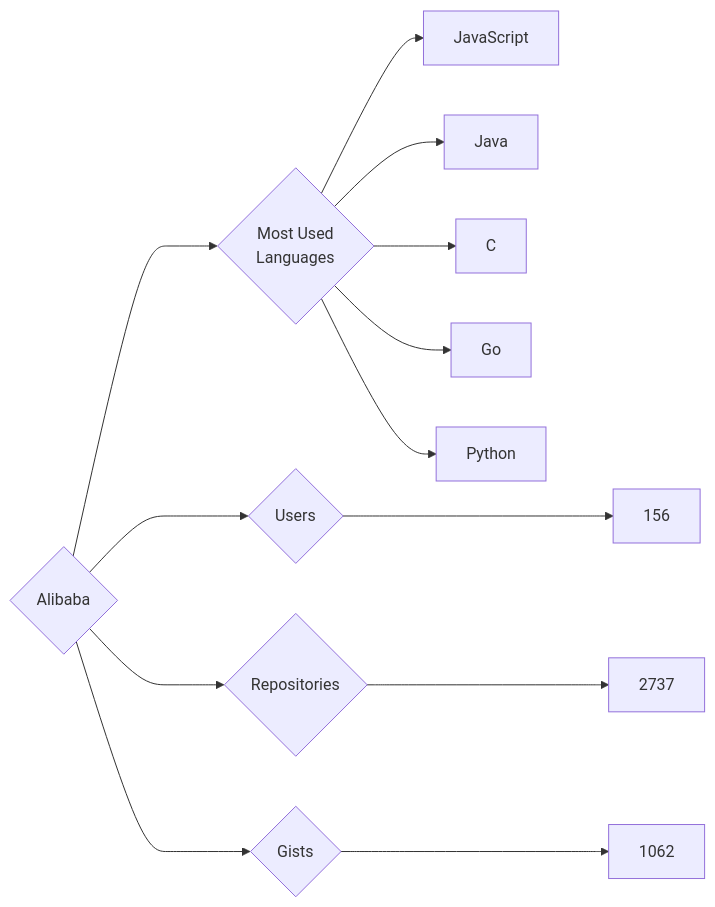
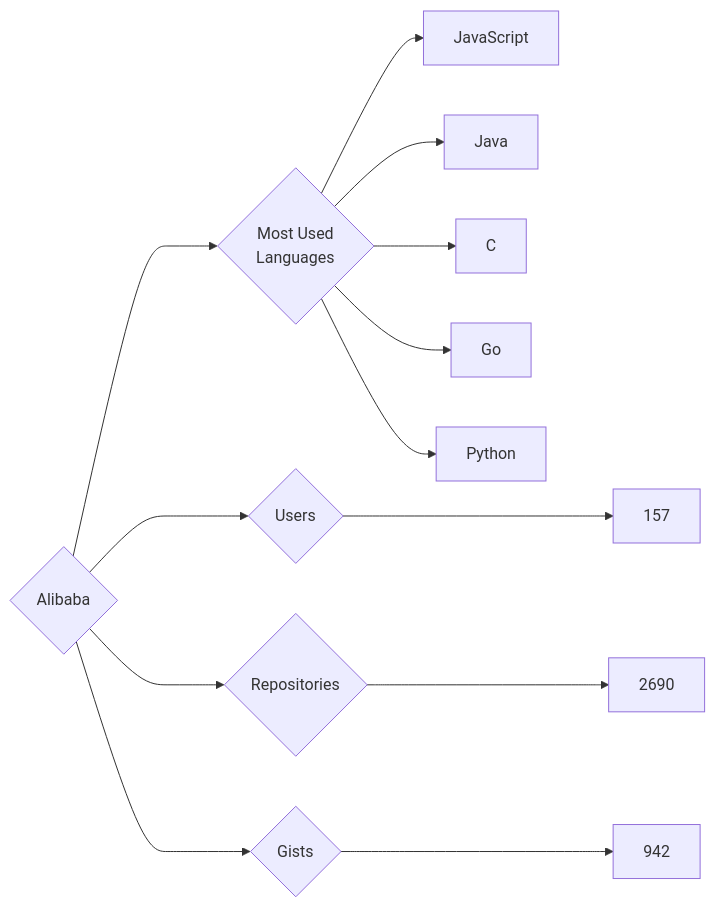
Before and after one commit to trickest/insiders: the diagram in targets/Alibaba/README.md, drawn with Mermaid. The commit also changed 916 other files, not shown here.

````diff
--- a/targets/Alibaba/README.md
+++ b/targets/Alibaba/README.md
@@ -3,13 +3,13 @@
 ```mermaid
 graph LR
 COMPANY_NAME{Alibaba}
-COMPANY_NAME ---> U{Users} ---> UN[156]
-COMPANY_NAME ---> R{Repositories} ---> RN[2737]
-COMPANY_NAME ---> G{Gists} ---> GN[1062]
+COMPANY_NAME ---> U{Users} ---> UN[157]
+COMPANY_NAME ---> R{Repositories} ---> RN[2690]
+COMPANY_NAME ---> G{Gists} ---> GN[942]
 COMPANY_NAME ---> ML{Most Used<br>Languages}
 ML --> JavaScript[JavaScript]
 ML --> Java[Java]
 ML --> C[C]
 ML --> Go[Go]
 ML --> Python[Python]
 ```
````
